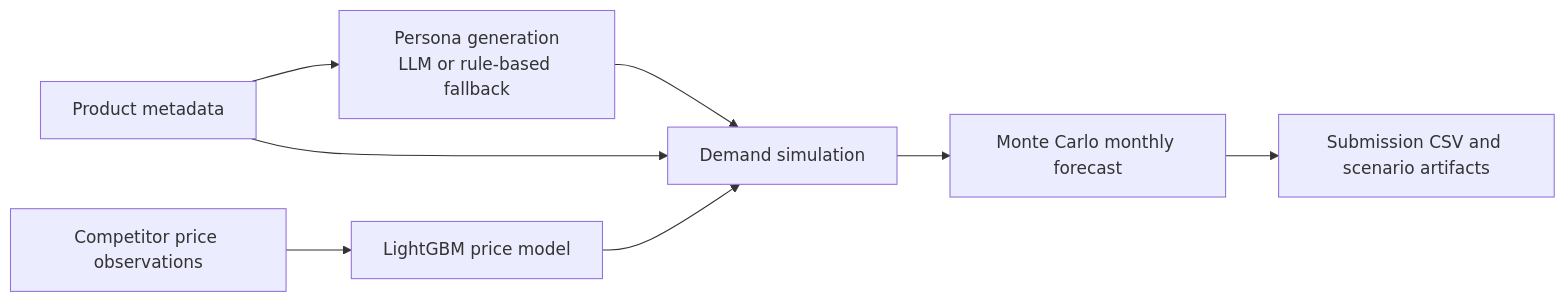
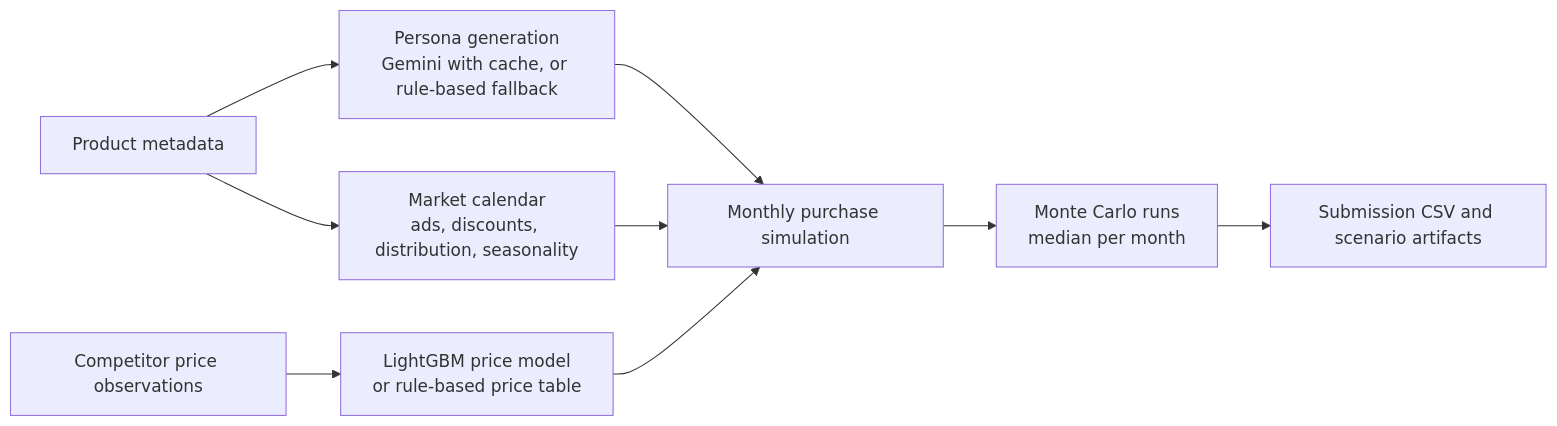
Before and after one commit to junhyung-L/cold-start-demand-simulation: the diagram in README.md, drawn with Mermaid. The commit also changed other lines of this file and 6 other files, not shown here.

````diff
--- a/README.md
+++ b/README.md
@@ -13,10 +37,11 @@
 ```mermaid
 flowchart LR
-    A[Product metadata] --> B[Persona generation<br/>LLM or rule-based fallback]
-    C[Competitor price observations] --> D[LightGBM price model]
-    B --> E[Demand simulation]
+    A[Product metadata] --> B[Persona generation<br/>Gemini with cache, or rule-based fallback]
+    C[Competitor price observations] --> D[LightGBM price model<br/>or rule-based price table]
+    A --> H[Market calendar<br/>ads, discounts, distribution, seasonality]
+    B --> E[Monthly purchase simulation]
     D --> E
-    A --> E
-    E --> F[Monte Carlo monthly forecast]
+    H --> E
+    E --> F[Monte Carlo runs<br/>median per month]
     F --> G[Submission CSV and scenario artifacts]
 ```
````
